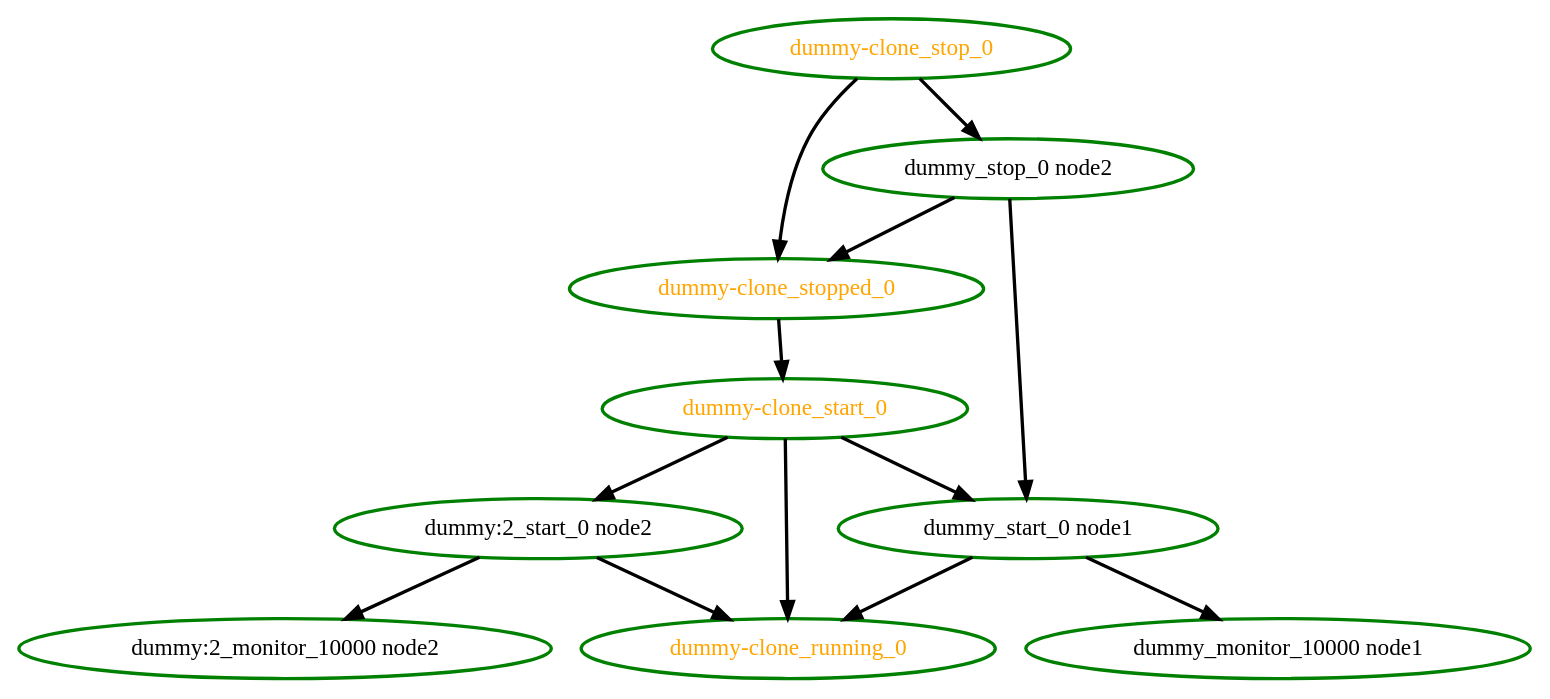
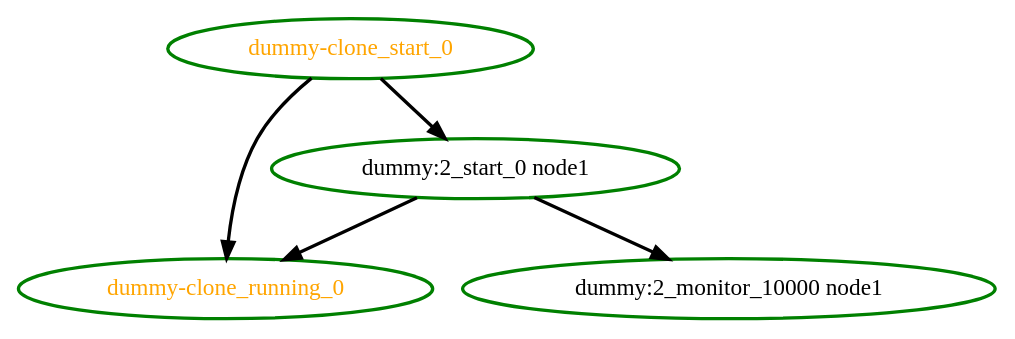
One commit to ClusterLabs/pacemaker changed the diagram in cts/scheduler/dot/clone-recover-no-shuffle-4.dot. Above: the diagram before and after it, drawn with Graphviz. The commit also changed 33 other files, not shown here.

```diff
--- a/cts/scheduler/dot/clone-recover-no-shuffle-4.dot
+++ b/cts/scheduler/dot/clone-recover-no-shuffle-4.dot
@@ -1,23 +1,10 @@
  digraph "g" {
 "dummy-clone_running_0" [ style=bold color="green" fontcolor="orange"]
 "dummy-clone_start_0" -> "dummy-clone_running_0" [ style = bold]
-"dummy-clone_start_0" -> "dummy:2_start_0 node2" [ style = bold]
-"dummy-clone_start_0" -> "dummy_start_0 node1" [ style = bold]
+"dummy-clone_start_0" -> "dummy:2_start_0 node1" [ style = bold]
 "dummy-clone_start_0" [ style=bold color="green" fontcolor="orange"]
-"dummy-clone_stop_0" -> "dummy-clone_stopped_0" [ style = bold]
-"dummy-clone_stop_0" -> "dummy_stop_0 node2" [ style = bold]
-"dummy-clone_stop_0" [ style=bold color="green" fontcolor="orange"]
-"dummy-clone_stopped_0" -> "dummy-clone_start_0" [ style = bold]
-"dummy-clone_stopped_0" [ style=bold color="green" fontcolor="orange"]
-"dummy:2_monitor_10000 node2" [ style=bold color="green" fontcolor="black"]
-"dummy:2_start_0 node2" -> "dummy-clone_running_0" [ style = bold]
-"dummy:2_start_0 node2" -> "dummy:2_monitor_10000 node2" [ style = bold]
-"dummy:2_start_0 node2" [ style=bold color="green" fontcolor="black"]
-"dummy_monitor_10000 node1" [ style=bold color="green" fontcolor="black"]
-"dummy_start_0 node1" -> "dummy-clone_running_0" [ style = bold]
-"dummy_start_0 node1" -> "dummy_monitor_10000 node1" [ style = bold]
-"dummy_start_0 node1" [ style=bold color="green" fontcolor="black"]
-"dummy_stop_0 node2" -> "dummy-clone_stopped_0" [ style = bold]
-"dummy_stop_0 node2" -> "dummy_start_0 node1" [ style = bold]
-"dummy_stop_0 node2" [ style=bold color="green" fontcolor="black"]
+"dummy:2_monitor_10000 node1" [ style=bold color="green" fontcolor="black"]
+"dummy:2_start_0 node1" -> "dummy-clone_running_0" [ style = bold]
+"dummy:2_start_0 node1" -> "dummy:2_monitor_10000 node1" [ style = bold]
+"dummy:2_start_0 node1" [ style=bold color="green" fontcolor="black"]
 }
```
